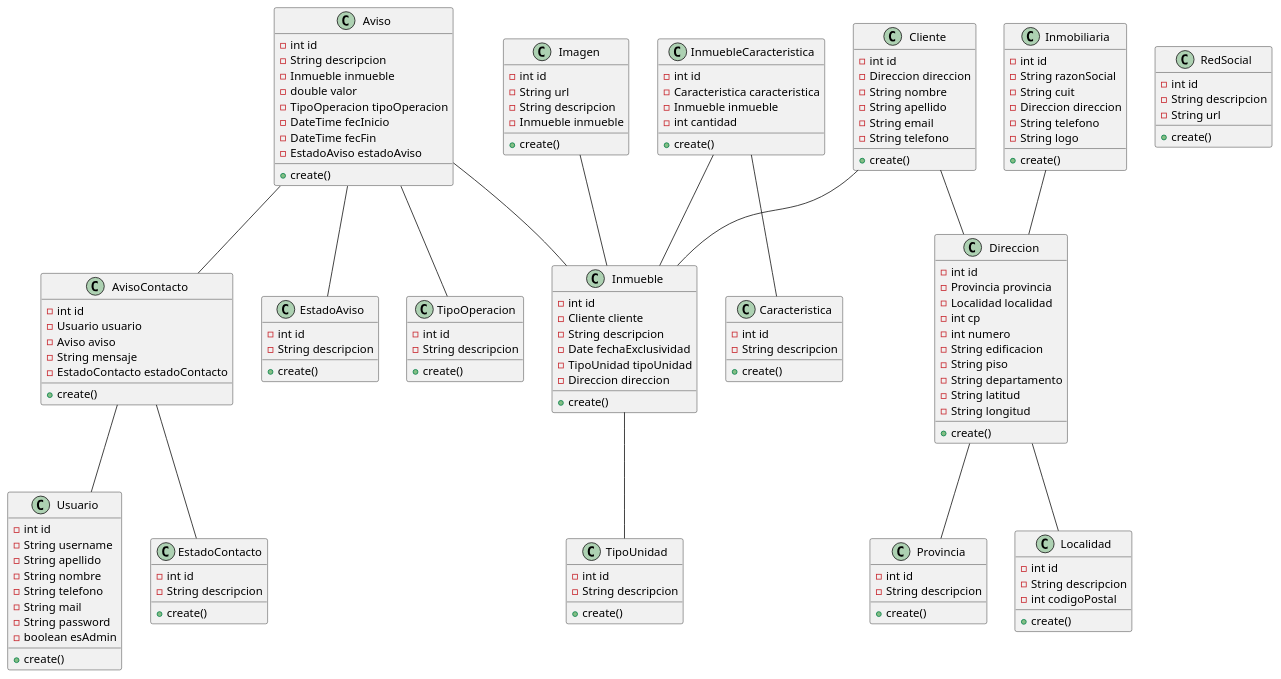
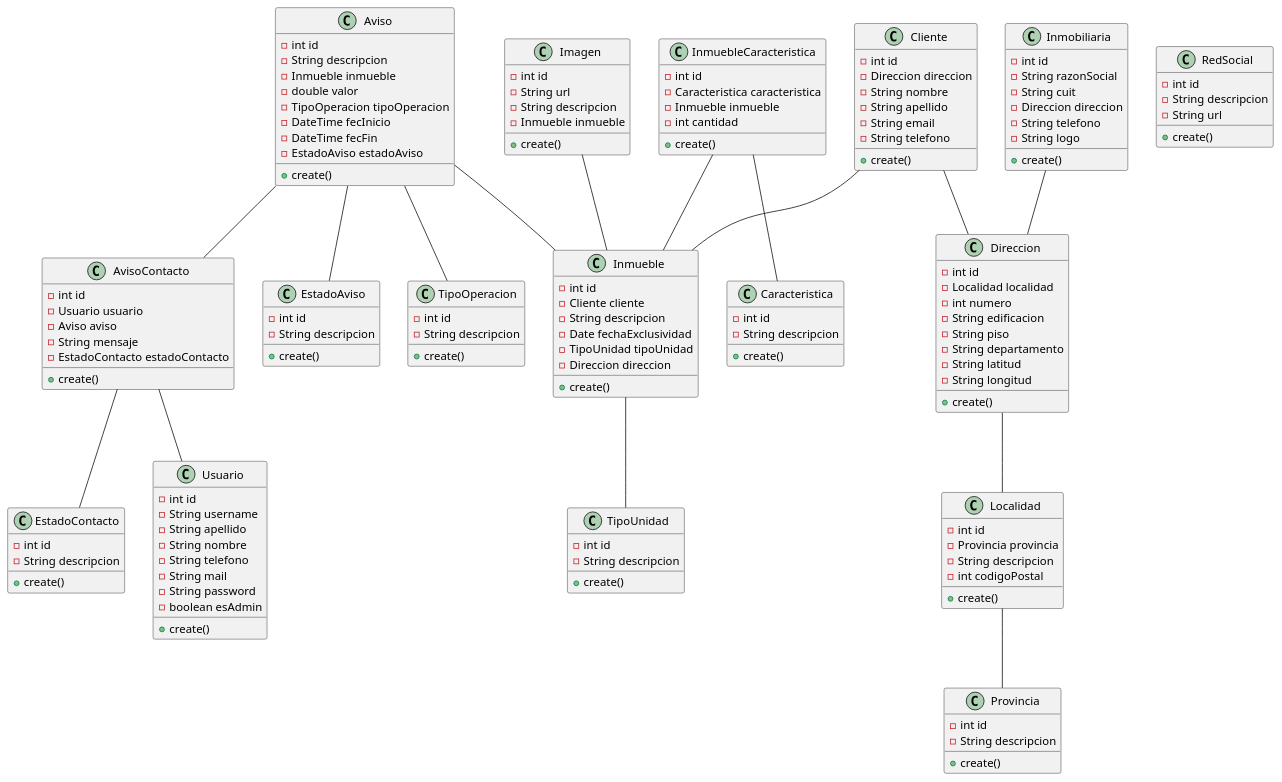
The diagram in module-simple/target/classes/domainapp/modules/simple/dom/DiagramaClases.puml (Cancerberos/inmobiliaria), drawn with PlantUML before and after one commit. The commit also changed 34 other files, not shown here.

Commit message:
ISSUE #37: ViewModel Localidad-Direccion. ViewModel Cliente a terminar.

```diff
--- a/module-simple/target/classes/domainapp/modules/simple/dom/DiagramaClases.puml
+++ b/module-simple/target/classes/domainapp/modules/simple/dom/DiagramaClases.puml
@@ -1,155 +1,154 @@
 @startuml
 'https://plantuml.com/class-diagram
 
 class Aviso {
 - int id
 - String descripcion
 - Inmueble inmueble
 - double valor
 - TipoOperacion tipoOperacion
 - DateTime fecInicio
 - DateTime fecFin
 - EstadoAviso estadoAviso
 +create()
 }
 class AvisoContacto {
 -int id
 -Usuario usuario
 -Aviso aviso
 -String mensaje
 -EstadoContacto estadoContacto
 +create()
 }
 class Caracteristica{
 -int id
 -String descripcion
 +create()
 }
 class Cliente{
 -int id
 -Direccion direccion
 -String nombre
 -String apellido
 -String email
 -String telefono
 +create()
 }
 class Direccion{
 -int id
--Provincia provincia
 -Localidad localidad
--int cp
 -int numero
 -String edificacion
 -String piso
 -String departamento
 -String latitud
 -String longitud
 +create()
 }
 class EstadoAviso{
 -int id
 -String descripcion
 +create()
 }
 class EstadoContacto{
 -int id
 -String descripcion
 +create()
 }
 class Imagen{
 -int id
 -String url
 -String descripcion
 -Inmueble inmueble
 +create()
 }
 class Inmobiliaria {
 -int id
 -String razonSocial
 -String cuit
 -Direccion direccion
 -String telefono
 -String logo
 +create()
 }
 class Inmueble {
 -int id
 -Cliente cliente
 -String descripcion
 -Date fechaExclusividad
 -TipoUnidad tipoUnidad
 -Direccion direccion
 +create()
 }
 class InmuebleCaracteristica {
 -int id
 -Caracteristica caracteristica
 -Inmueble inmueble
 -int cantidad
 +create()
 }
 class Localidad {
 -int id
+-Provincia provincia
 -String descripcion
 -int codigoPostal
 +create()
 }
 class Provincia {
 -int id
 -String descripcion
 +create()
 }
 class RedSocial {
 -int id
 -String descripcion
 -String url
 +create()
 }
 class TipoOperacion {
 -int id
 -String descripcion
 +create()
 }
 class TipoUnidad {
 -int id
 -String descripcion
 +create()
 }
 class Usuario {
 -int id
 -String username
 -String apellido
 -String nombre
 -String telefono
 -String mail
 -String password
 -boolean esAdmin
 +create()
 }
 
 Aviso -- AvisoContacto
 Aviso -- Inmueble
 Aviso -- TipoOperacion
 Aviso -- EstadoAviso
 
 AvisoContacto -- Usuario
 AvisoContacto -- EstadoContacto
 
 Cliente -- Direccion
 Cliente -- Inmueble
 
 Inmueble -- TipoUnidad
 
 InmuebleCaracteristica -- Caracteristica
 InmuebleCaracteristica -- Inmueble
 Imagen -- Inmueble
 
 Inmobiliaria -- Direccion
 
 Direccion -- Localidad
-Direccion -- Provincia
+Localidad -- Provincia
 
 
 
 @enduml
```
